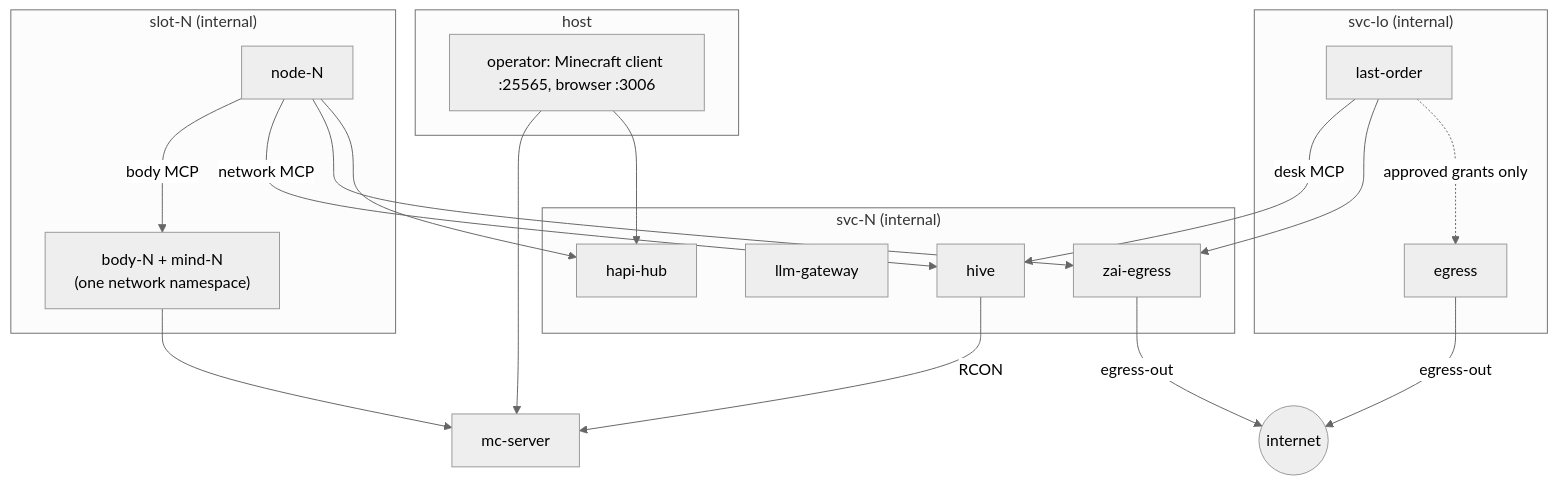
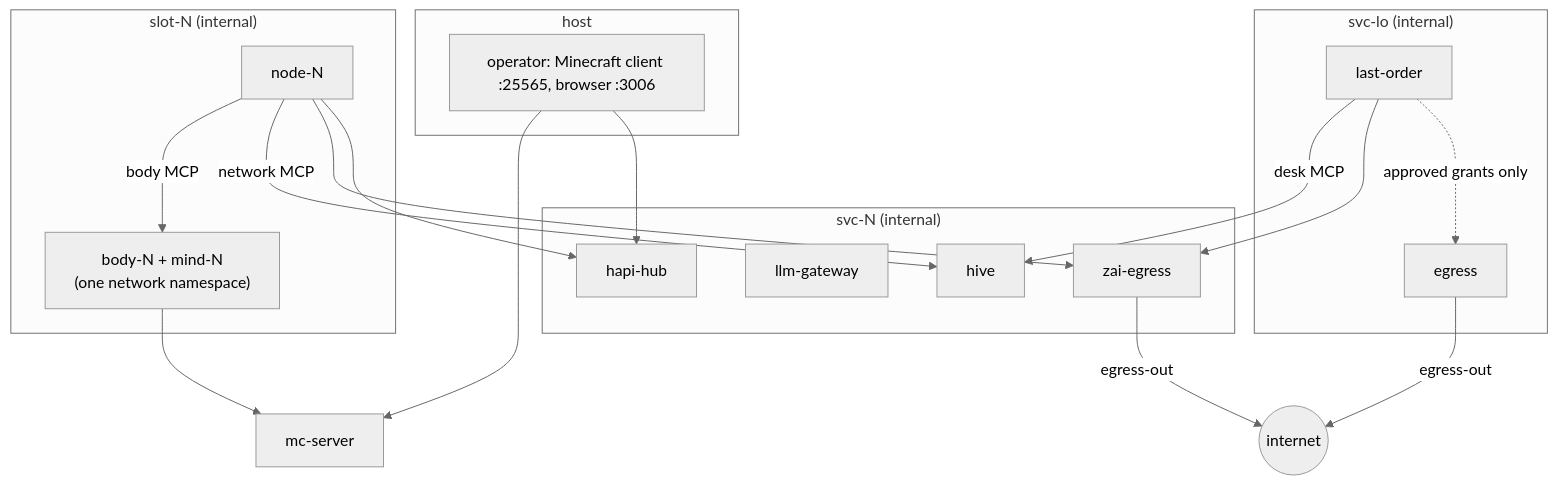
One commit to ZeusThunderer/lastorder changed the first of 4 diagrams in docs/architecture/OVERVIEW.md. Above: the diagram before and after it, drawn with Mermaid (neutral theme). The commit also changed other lines of this file and 5 other files, not shown here.

````diff
--- a/docs/architecture/OVERVIEW.md
+++ b/docs/architecture/OVERVIEW.md
@@ -36,35 +36,34 @@
 ```mermaid
 flowchart TB
     subgraph host["host"]
         op["operator: Minecraft client :25565, browser :3006"]
     end
     subgraph slotnet["slot-N (internal)"]
         body["body-N + mind-N<br/>(one network namespace)"]
         node["node-N"]
     end
     subgraph svcnet["svc-N (internal)"]
         hive["hive"]
         gw["llm-gateway"]
         zai["zai-egress"]
         hapi["hapi-hub"]
     end
     subgraph lonet["svc-lo (internal)"]
         lo["last-order"]
         eg["egress"]
     end
     out(("internet"))
     mc["mc-server"]
     op --> mc
     op --> hapi
     body --> mc
     node -- "body MCP" --> body
     node -- "network MCP" --> hive
     node --> zai
     node --> hapi
     lo -- "desk MCP" --> hive
     lo --> zai
     lo -. "approved grants only" .-> eg
-    hive -- "RCON" --> mc
     zai -- "egress-out" --> out
     eg -- "egress-out" --> out
 ```
````
